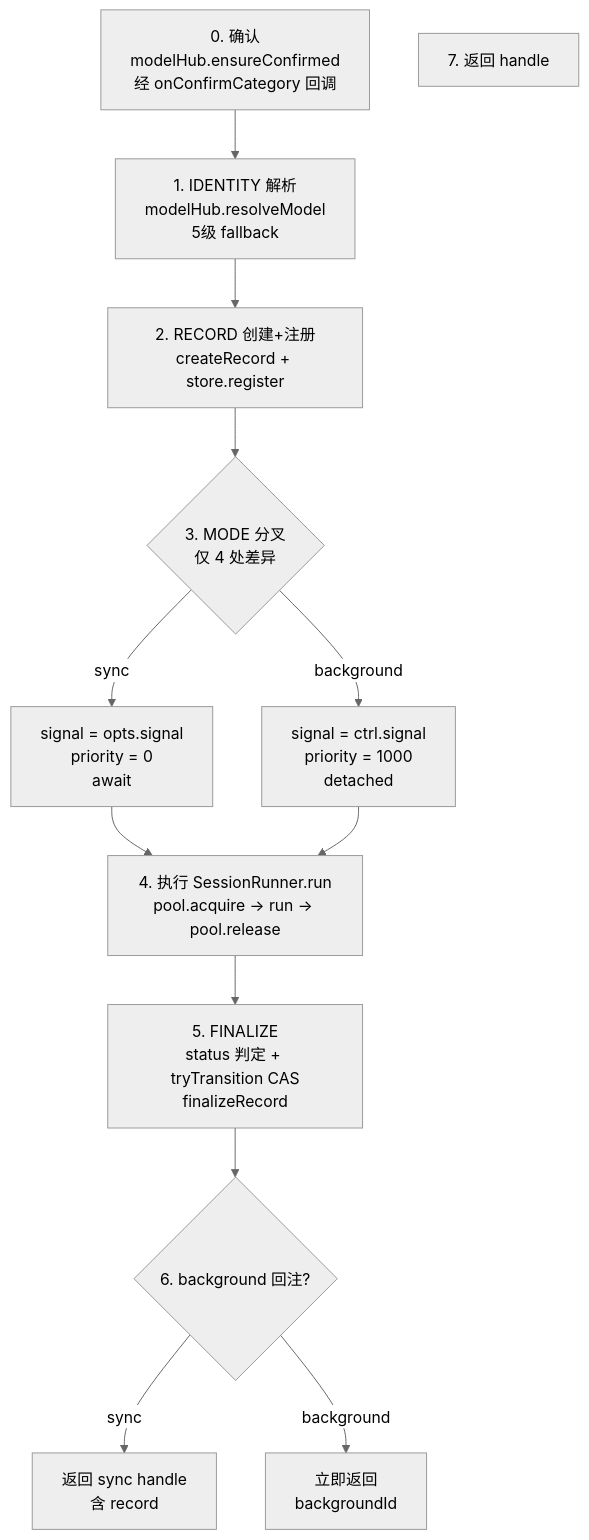
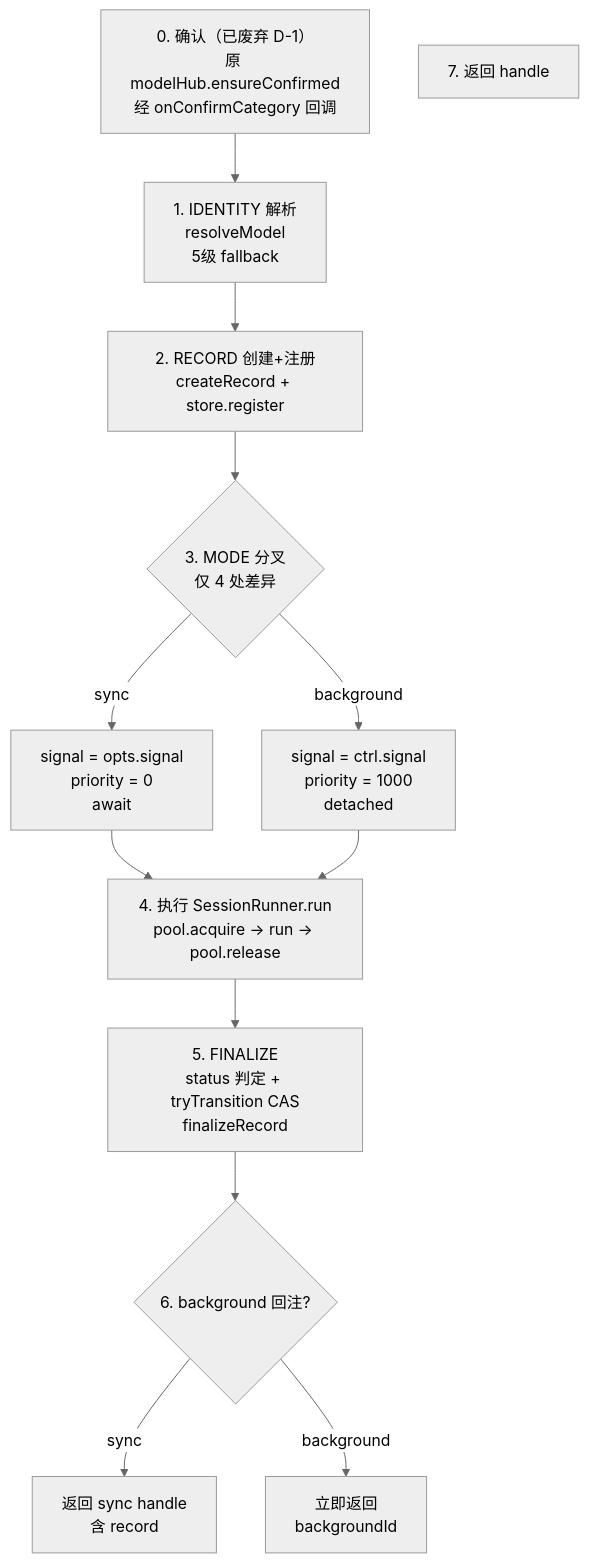
One commit to zhushanwen321/xyz-pi-extensions changed the first of 3 diagrams in docs/subagents/execution-flow.md. Above: the diagram before and after it, drawn with Mermaid (neutral theme). The commit also changed other lines of this file and 22 other files, not shown here.

````diff
--- a/docs/subagents/execution-flow.md
+++ b/docs/subagents/execution-flow.md
@@ -22,20 +22,20 @@
 ```mermaid
 flowchart TD
-    S0[0. 确认<br/>modelHub.ensureConfirmed<br/>经 onConfirmCategory 回调]
-    S1[1. IDENTITY 解析<br/>modelHub.resolveModel<br/>5级 fallback]
+    S0[0. 确认（已废弃 D-1）<br/>原 modelHub.ensureConfirmed<br/>经 onConfirmCategory 回调]
+    S1[1. IDENTITY 解析<br/>resolveModel<br/>5级 fallback]
     S2[2. RECORD 创建+注册<br/>createRecord + store.register]
     S3{3. MODE 分叉<br/>仅 4 处差异}
     S4[4. 执行 SessionRunner.run<br/>pool.acquire → run → pool.release]
     S5[5. FINALIZE<br/>status 判定 + tryTransition CAS<br/>finalizeRecord]
     S6{6. background 回注?}
     S7[7. 返回 handle]
 
     S0 --> S1 --> S2 --> S3
     S3 -->|sync| S4a[signal = opts.signal<br/>priority = 0<br/>await]
     S3 -->|background| S4b[signal = ctrl.signal<br/>priority = 1000<br/>detached]
     S4a --> S4
     S4b --> S4
     S4 --> S5 --> S6
     S6 -->|sync| S7a[返回 sync handle<br/>含 record]
     S6 -->|background| S7b[立即返回<br/>backgroundId]
 ```
````
